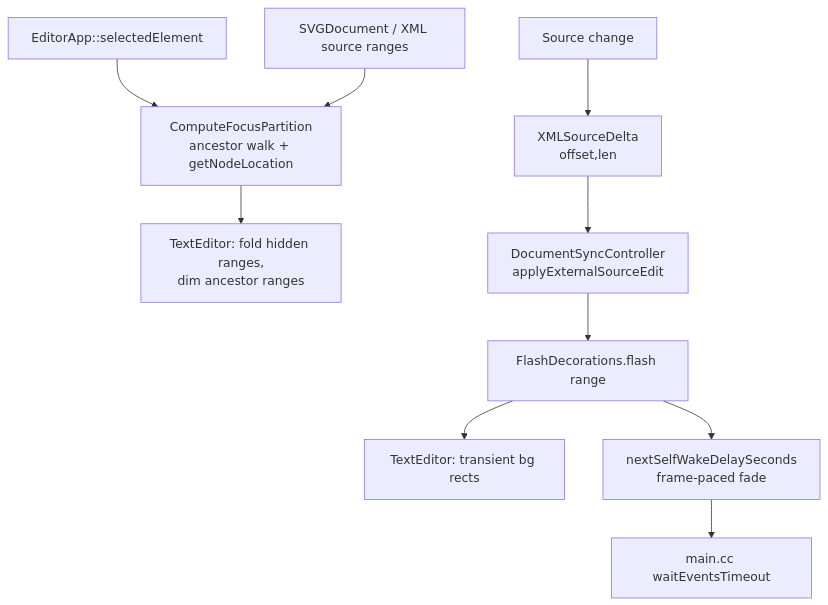
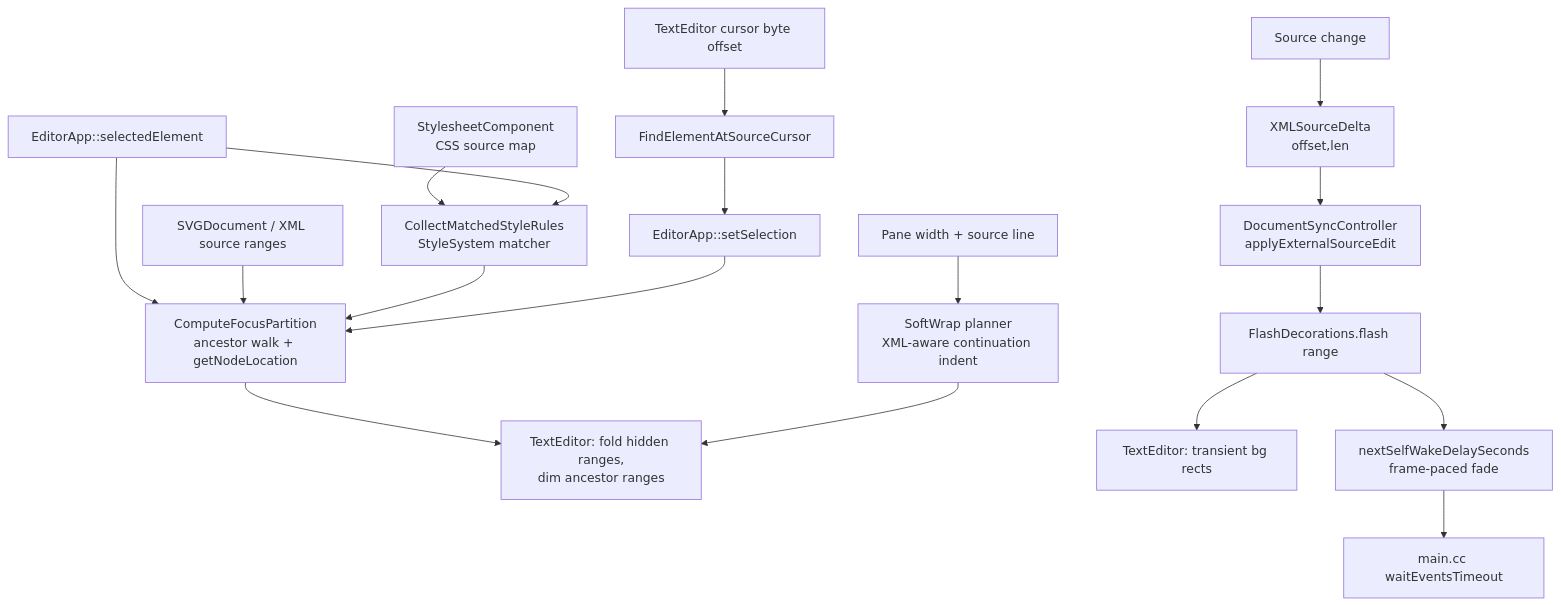
One commit to jwmcglynn/donner changed the diagram in docs/design_docs/0039-text_editor_focus_and_flash.md. Above: the diagram before and after it, drawn with Mermaid. The commit also changed other lines of this file and 30 other files, not shown here.

Commit message:
Add text editor focus polish

````diff
--- a/docs/design_docs/0039-text_editor_focus_and_flash.md
+++ b/docs/design_docs/0039-text_editor_focus_and_flash.md
@@ -186,13 +336,21 @@
 ```mermaid
 flowchart TD
   sel[EditorApp::selectedElement] --> fp[ComputeFocusPartition\nancestor walk + getNodeLocation]
   doc[SVGDocument / XML source ranges] --> fp
+  css[StylesheetComponent\nCSS source map] --> trace[CollectMatchedStyleRules\nStyleSystem matcher]
+  sel --> trace
+  trace --> fp
   fp --> te1[TextEditor: fold hidden ranges,\ndim ancestor ranges]
+  width[Pane width + source line] --> sw[SoftWrap planner\nXML-aware continuation indent]
+  sw --> te1
+  cursor[TextEditor cursor byte offset] --> sourceSel[FindElementAtSourceCursor]
+  sourceSel --> appSel[EditorApp::setSelection]
+  appSel --> fp
 
   edit[Source change] --> delta[XMLSourceDelta\noffset,len]
   delta --> dsc[DocumentSyncController\napplyExternalSourceEdit]
   dsc --> flash[FlashDecorations.flash range]
   flash --> te2[TextEditor: transient bg rects]
   flash --> wake[nextSelfWakeDelaySeconds\nframe-paced fade]
   wake --> loop[main.cc waitEventsTimeout]
 ```
````
